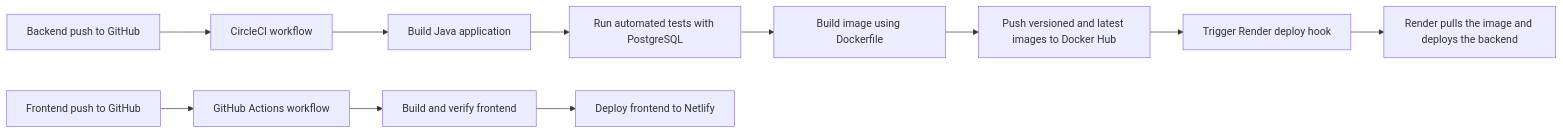
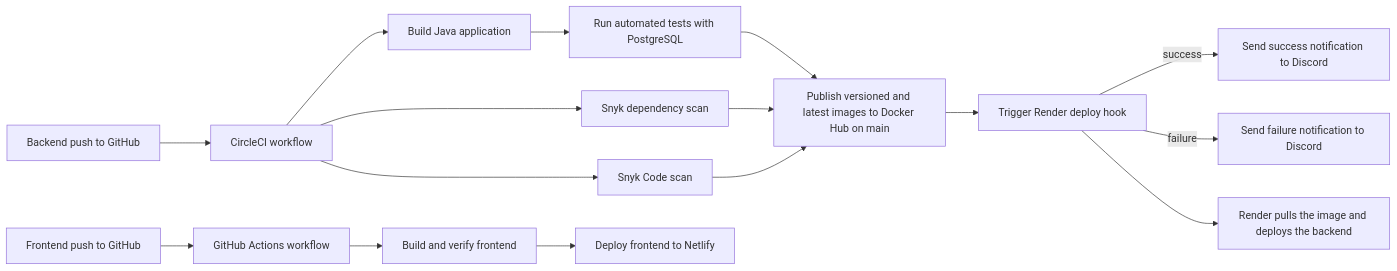
The diagram in README.md (magcal90/simple-crm-backend), drawn with Mermaid before and after one commit. The commit also changed other lines of this file and 16 other files, not shown here.

````diff
--- a/README.md
+++ b/README.md
@@ -25,14 +25,19 @@
 ```mermaid
 flowchart LR
     A[Backend push to GitHub] --> B[CircleCI workflow]
     B --> C[Build Java application]
-    C --> D[Run automated tests with PostgreSQL]
-    D --> E[Build image using Dockerfile]
-    E --> F[Push versioned and latest images to Docker Hub]
-    F --> G[Trigger Render deploy hook]
-    G --> H[Render pulls the image and deploys the backend]
+    B --> D[Snyk dependency scan]
+    B --> E[Snyk Code scan]
+    C --> F[Run automated tests with PostgreSQL]
+    F --> G[Publish versioned and latest images to Docker Hub on main]
+    D --> G
+    E --> G
+    G --> H[Trigger Render deploy hook]
+    H -->|success| I[Send success notification to Discord]
+    H -->|failure| J[Send failure notification to Discord]
+    H --> K[Render pulls the image and deploys the backend]
 
-    I[Frontend push to GitHub] --> J[GitHub Actions workflow]
-    J --> K[Build and verify frontend]
-    K --> L[Deploy frontend to Netlify]
+    F1[Frontend push to GitHub] --> F2[GitHub Actions workflow]
+    F2 --> F3[Build and verify frontend]
+    F3 --> F4[Deploy frontend to Netlify]
 ```
````
